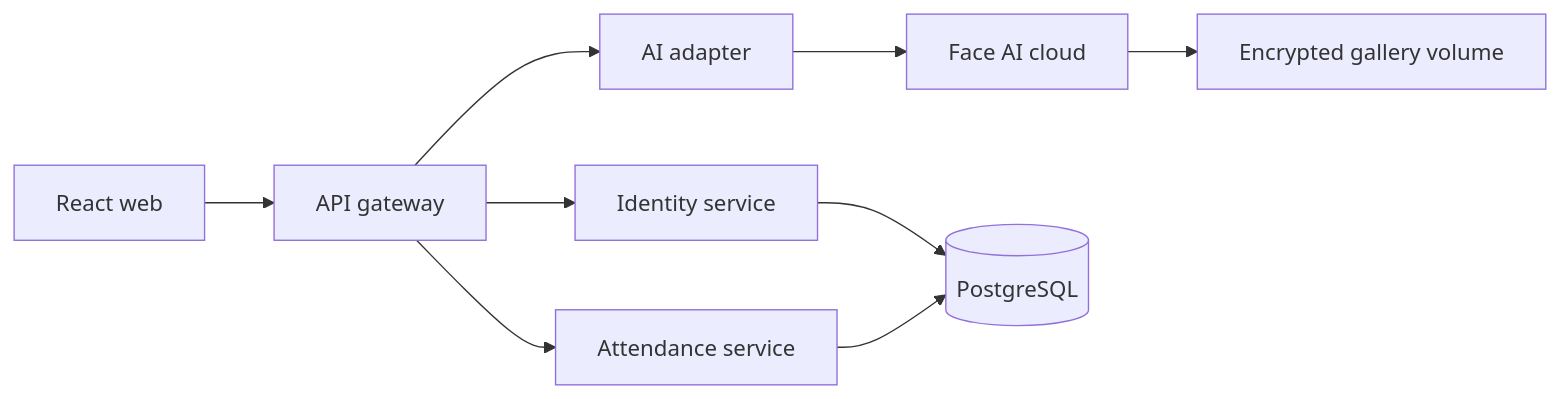
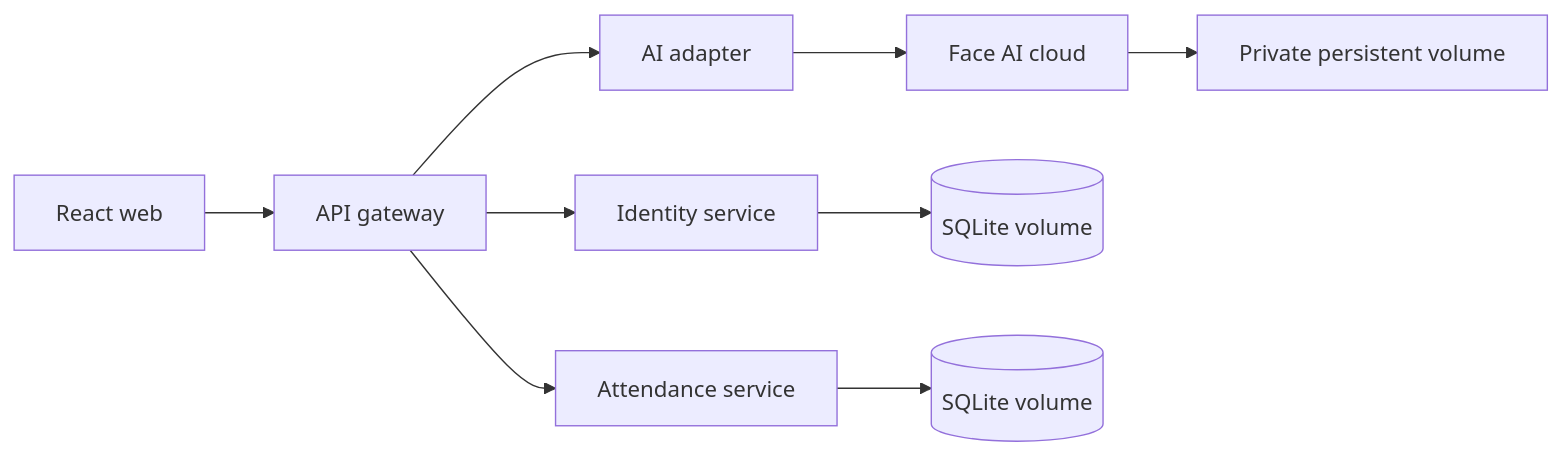
Before and after one commit to kienkien05/SIC_AI_Project: the diagram in ARCHITECTURE.md, drawn with Mermaid. The commit also changed other lines of this file and 4 other files, not shown here.

````diff
--- a/ARCHITECTURE.md
+++ b/ARCHITECTURE.md
@@ -3,11 +3,11 @@
 ```mermaid
 flowchart LR
   Web[React web] --> Gateway[API gateway]
   Gateway --> Identity[Identity service]
   Gateway --> Attendance[Attendance service]
   Gateway --> Adapter[AI adapter]
   Adapter --> AI[Face AI cloud]
-  Identity --> DB[(PostgreSQL)]
-  Attendance --> DB
-  AI --> Gallery[Encrypted gallery volume]
+  Identity --> IdentityDb[(SQLite volume)]
+  Attendance --> AttendanceDb[(SQLite volume)]
+  AI --> Gallery[Private persistent volume]
 ```
````
